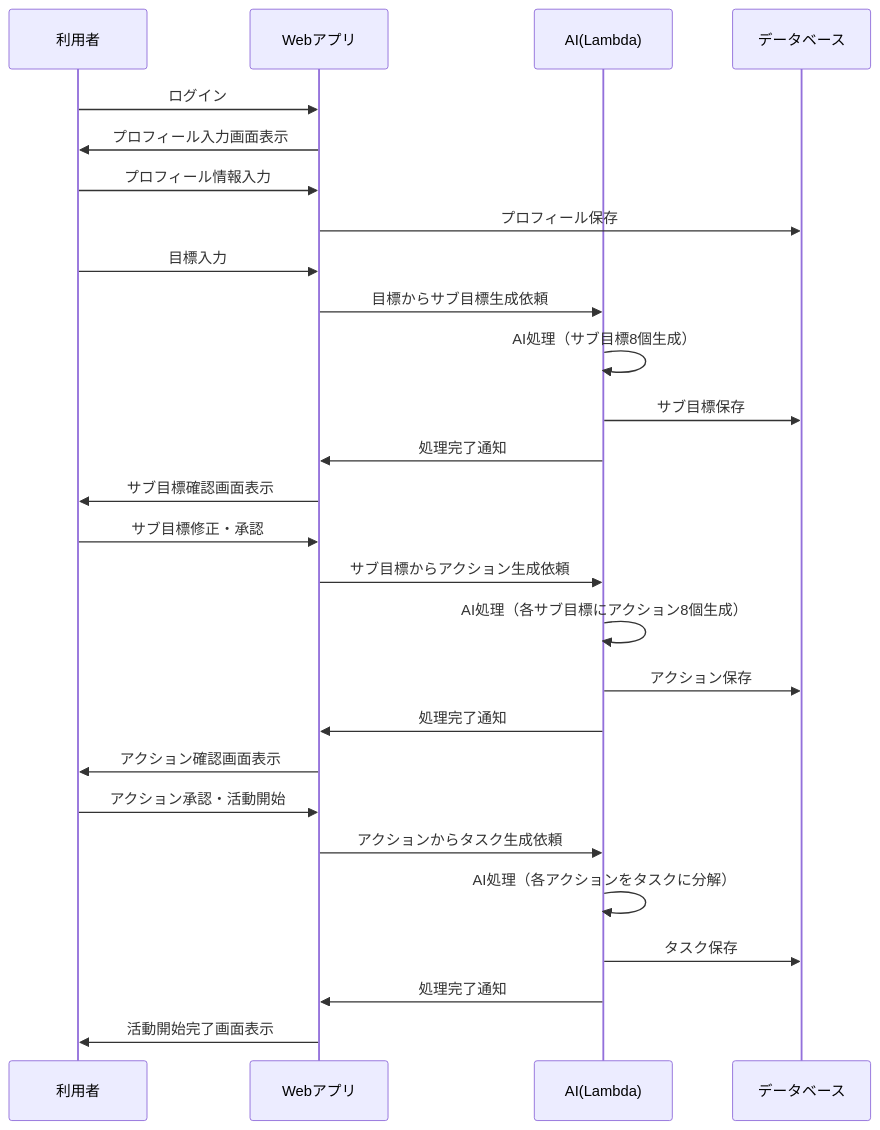
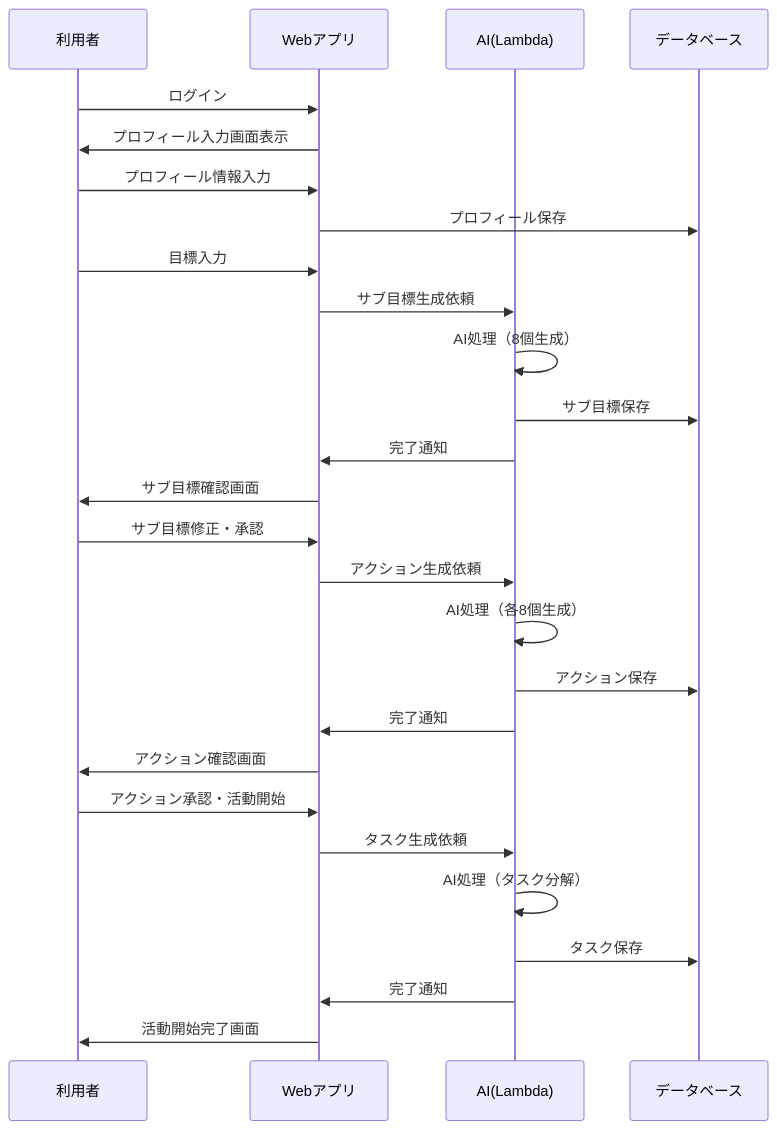
The first of 3 diagrams in .kiro/steering/1-product-overview.md (satoshi256kbyte/goal-mandala), drawn with Mermaid before and after one commit. The commit also changed other lines of this file and 10 other files, not shown here.

````diff
--- a/.kiro/steering/1-product-overview.md
+++ b/.kiro/steering/1-product-overview.md
@@ -85,33 +59,33 @@
 ```mermaid
 sequenceDiagram
     participant U as 利用者
     participant W as Webアプリ
     participant A as AI(Lambda)
     participant D as データベース
 
     U->>W: ログイン
     W->>U: プロフィール入力画面表示
     U->>W: プロフィール情報入力
     W->>D: プロフィール保存
   
     U->>W: 目標入力
-    W->>A: 目標からサブ目標生成依頼
-    A->>A: AI処理（サブ目標8個生成）
+    W->>A: サブ目標生成依頼
+    A->>A: AI処理（8個生成）
     A->>D: サブ目標保存
-    A->>W: 処理完了通知
-    W->>U: サブ目標確認画面表示
+    A->>W: 完了通知
+    W->>U: サブ目標確認画面
   
     U->>W: サブ目標修正・承認
-    W->>A: サブ目標からアクション生成依頼
-    A->>A: AI処理（各サブ目標にアクション8個生成）
+    W->>A: アクション生成依頼
+    A->>A: AI処理（各8個生成）
     A->>D: アクション保存
-    A->>W: 処理完了通知
-    W->>U: アクション確認画面表示
+    A->>W: 完了通知
+    W->>U: アクション確認画面
   
     U->>W: アクション承認・活動開始
-    W->>A: アクションからタスク生成依頼
-    A->>A: AI処理（各アクションをタスクに分解）
+    W->>A: タスク生成依頼
+    A->>A: AI処理（タスク分解）
     A->>D: タスク保存
-    A->>W: 処理完了通知
-    W->>U: 活動開始完了画面表示
+    A->>W: 完了通知
+    W->>U: 活動開始完了画面
 ```
````
